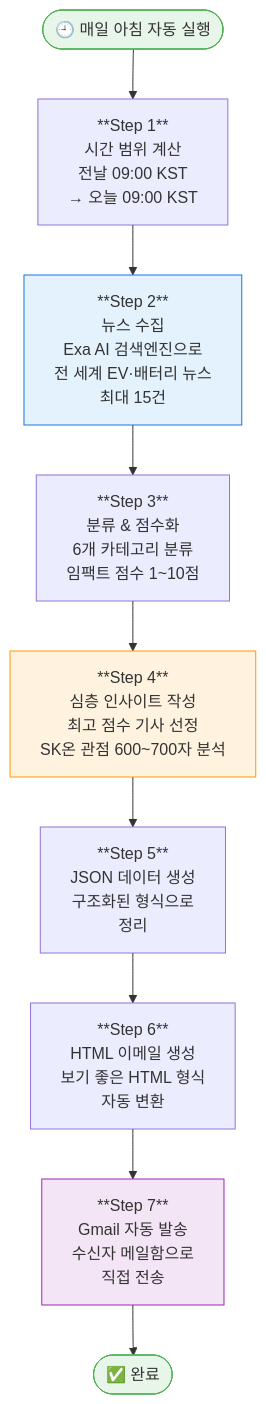
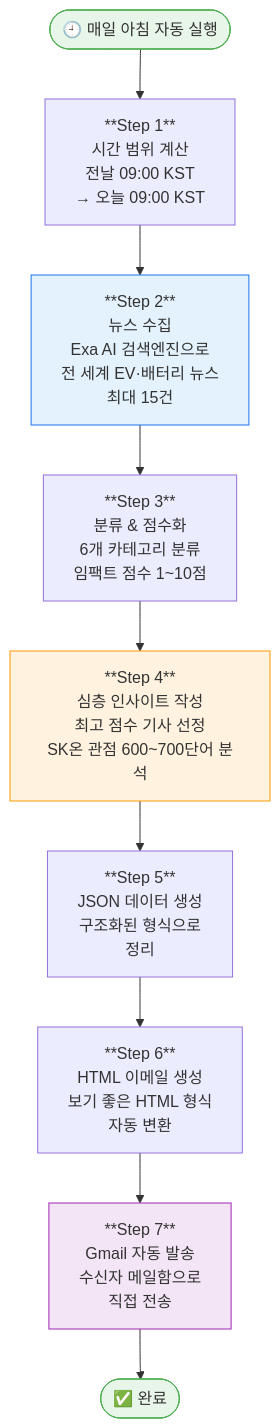
One commit to Jayk-resonance/Claude-web changed the first of 2 diagrams in BRIEFING_INTRO.md. Above: the diagram before and after it, drawn with Mermaid. The commit also changed other lines of this file and 3 other files, not shown here.

````diff
--- a/BRIEFING_INTRO.md
+++ b/BRIEFING_INTRO.md
@@ -49,31 +49,31 @@
 ```mermaid
 flowchart TD
     A([🕘 매일 아침 자동 실행]) --> B
 
     B["**Step 1**\n시간 범위 계산\n전날 09:00 KST\n→ 오늘 09:00 KST"]
     B --> C
 
     C["**Step 2**\n뉴스 수집\nExa AI 검색엔진으로\n전 세계 EV·배터리 뉴스\n최대 15건"]
     C --> D
 
     D["**Step 3**\n분류 & 점수화\n6개 카테고리 분류\n임팩트 점수 1~10점"]
     D --> E
 
-    E["**Step 4**\n심층 인사이트 작성\n최고 점수 기사 선정\nSK온 관점 600~700자 분석"]
+    E["**Step 4**\n심층 인사이트 작성\n최고 점수 기사 선정\nSK온 관점 600~700단어 분석"]
     E --> F
 
     F["**Step 5**\nJSON 데이터 생성\n구조화된 형식으로\n정리"]
     F --> G
 
     G["**Step 6**\nHTML 이메일 생성\n보기 좋은 HTML 형식\n자동 변환"]
     G --> H
 
     H["**Step 7**\nGmail 자동 발송\n수신자 메일함으로\n직접 전송"]
     H --> I([✅ 완료])
 
     style A fill:#e8f5e9,stroke:#4caf50
     style I fill:#e8f5e9,stroke:#4caf50
     style C fill:#e3f2fd,stroke:#1a73e8
     style E fill:#fff3e0,stroke:#ff9800
     style H fill:#f3e5f5,stroke:#9c27b0
 ```
````
